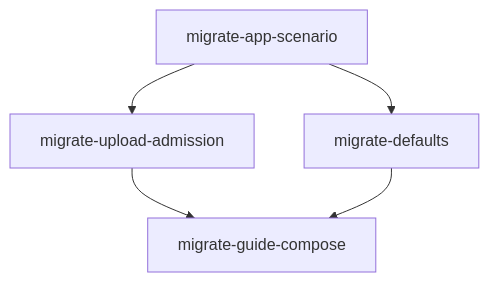
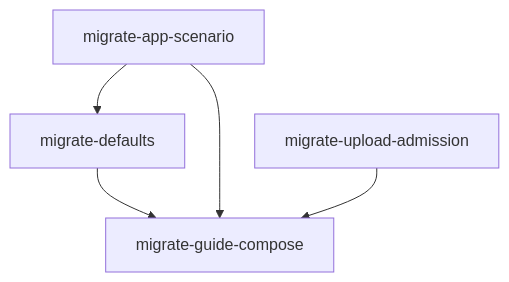
Before and after one commit to shiroemons/gcs-mimic: the second of 2 diagrams in planning/onboarding-tracks-plan.ja.md, drawn with Mermaid. The commit also changed other lines of this file and 1 other file, not shown here.

First line of the commit message:
docs(planning): prioritize the migration track and lift the upload cap

````diff
--- a/planning/onboarding-tracks-plan.ja.md
+++ b/planning/onboarding-tracks-plan.ja.md
@@ -904,5 +917,6 @@
 ```mermaid
 flowchart TD
-  migrate-app-scenario --> migrate-upload-admission --> migrate-guide-compose
   migrate-app-scenario --> migrate-defaults --> migrate-guide-compose
+  migrate-app-scenario --> migrate-guide-compose
+  migrate-upload-admission --> migrate-guide-compose
 ```
````
